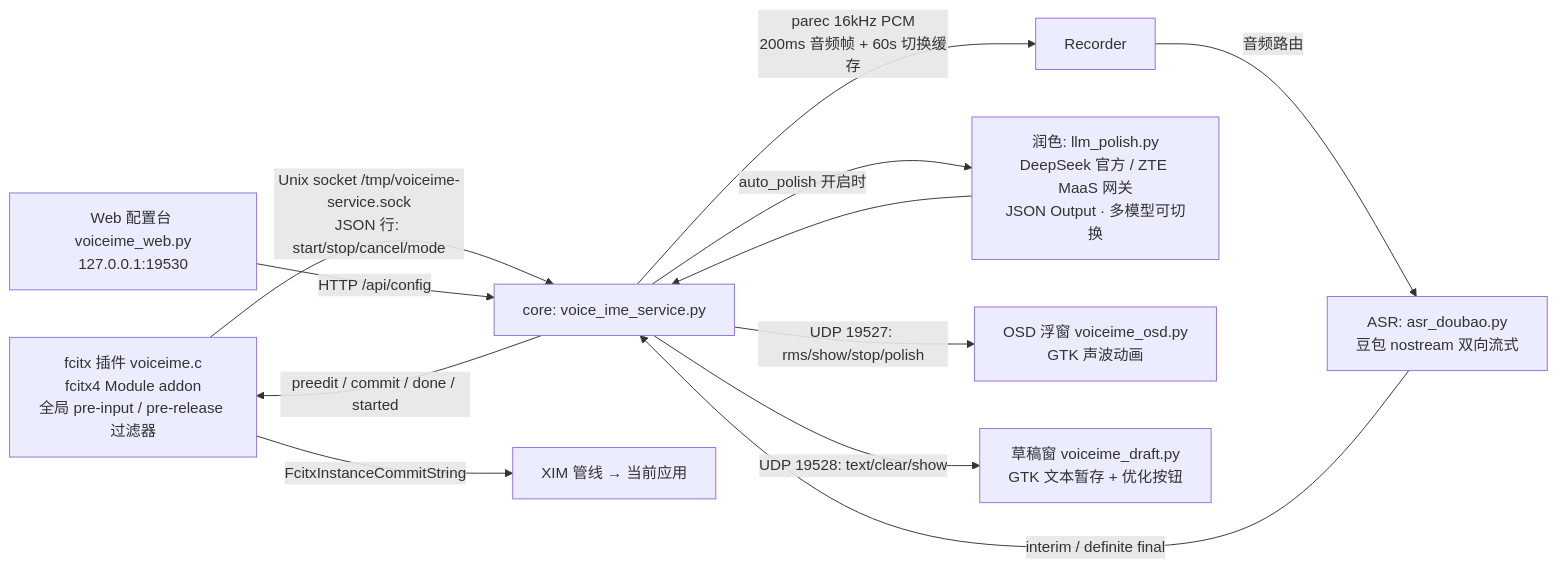
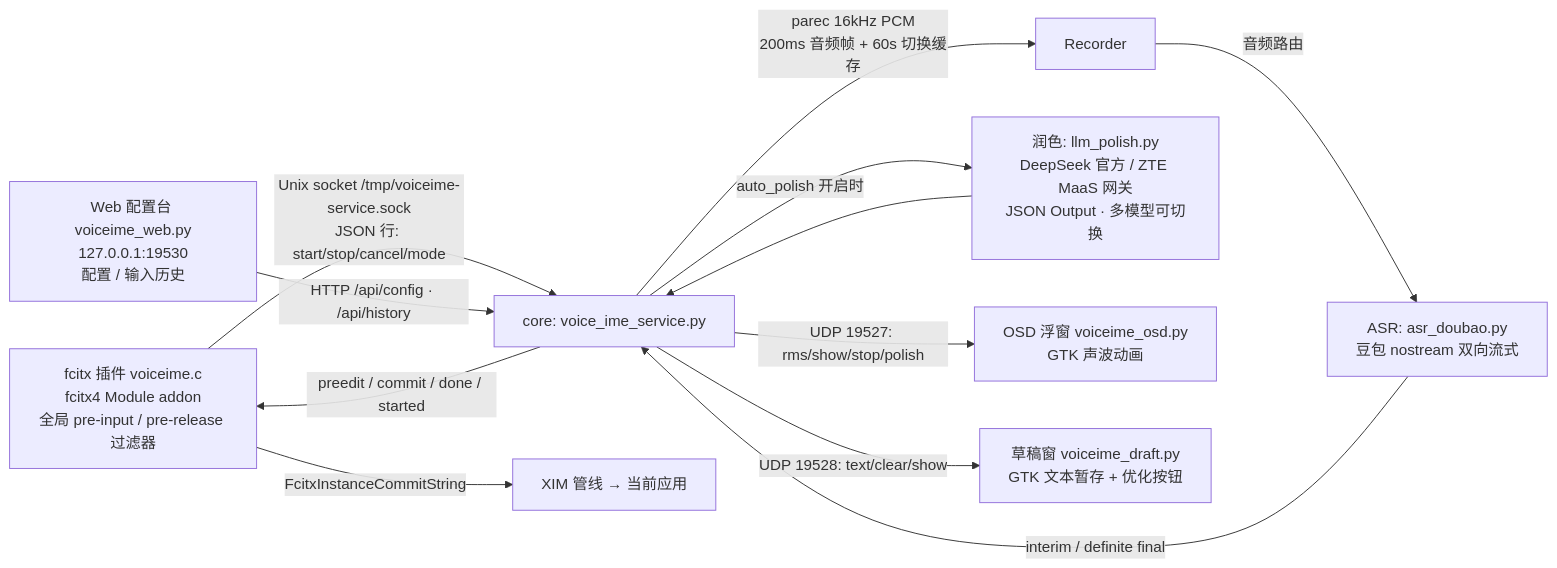
One commit to lzyyzznl/voice-ime changed the diagram in README.md. Above: the diagram before and after it, drawn with Mermaid. The commit also changed other lines of this file and 2 other files, not shown here.

First line of the commit message:
配置台新增「输入历史」tab：原文 + 润色后文本 + 模糊搜索

````diff
--- a/README.md
+++ b/README.md
@@ -12,14 +12,14 @@
 ```mermaid
 flowchart LR
     E[fcitx 插件 voiceime.c<br/>fcitx4 Module addon<br/>全局 pre-input / pre-release 过滤器] -->|"Unix socket /tmp/voiceime-service.sock<br/>JSON 行: start/stop/cancel/mode"| S[core: voice_ime_service.py]
     S -->|"parec 16kHz PCM<br/>200ms 音频帧 + 60s 切换缓存"| R[Recorder]
     R -->|"音频路由"| A[ASR: asr_doubao.py<br/>豆包 nostream 双向流式]
     A -->|"interim / definite final"| S
     S -->|"auto_polish 开启时"| L[润色: llm_polish.py<br/>DeepSeek 官方 / ZTE MaaS 网关<br/>JSON Output · 多模型可切换]
     L --> S
     S -->|"preedit / commit / done / started"| E
     S -->|"UDP 19527: rms/show/stop/polish"| O[OSD 浮窗 voiceime_osd.py<br/>GTK 声波动画]
     S -->|"UDP 19528: text/clear/show"| D[草稿窗 voiceime_draft.py<br/>GTK 文本暂存 + 优化按钮]
-    W[Web 配置台 voiceime_web.py<br/>127.0.0.1:19530] -->|"HTTP /api/config"| S
+    W[Web 配置台 voiceime_web.py<br/>127.0.0.1:19530<br/>配置 / 输入历史] -->|"HTTP /api/config · /api/history"| S
     E -->|"FcitxInstanceCommitString"| X[XIM 管线 → 当前应用]
 ```
````
